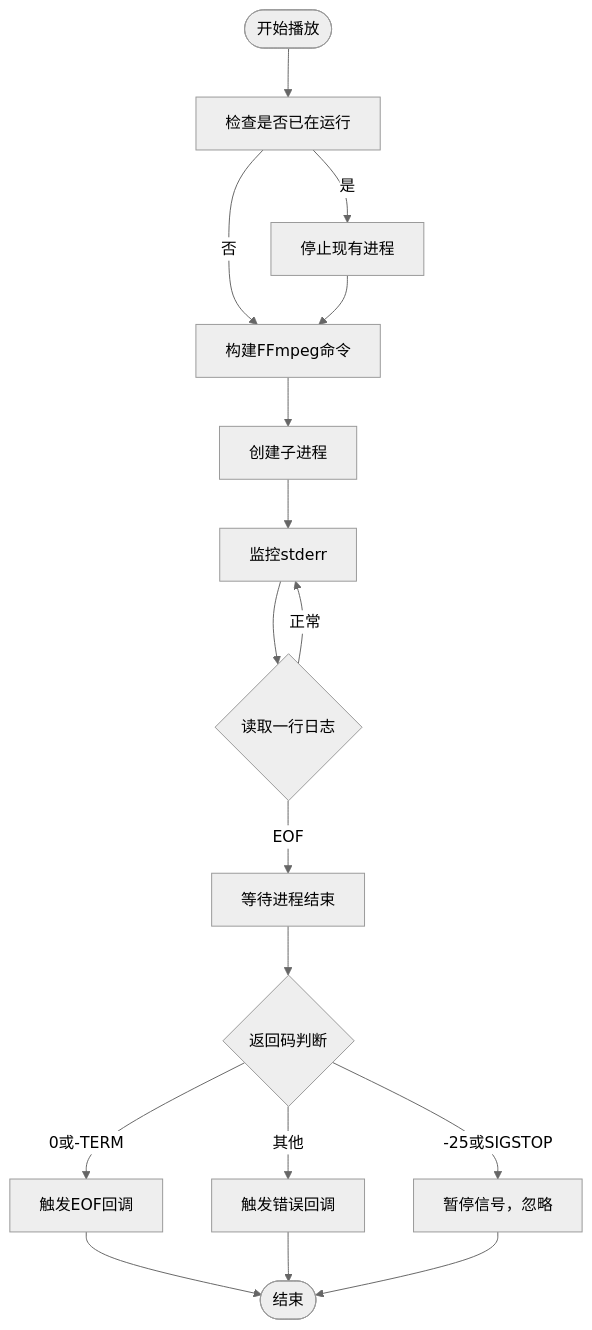
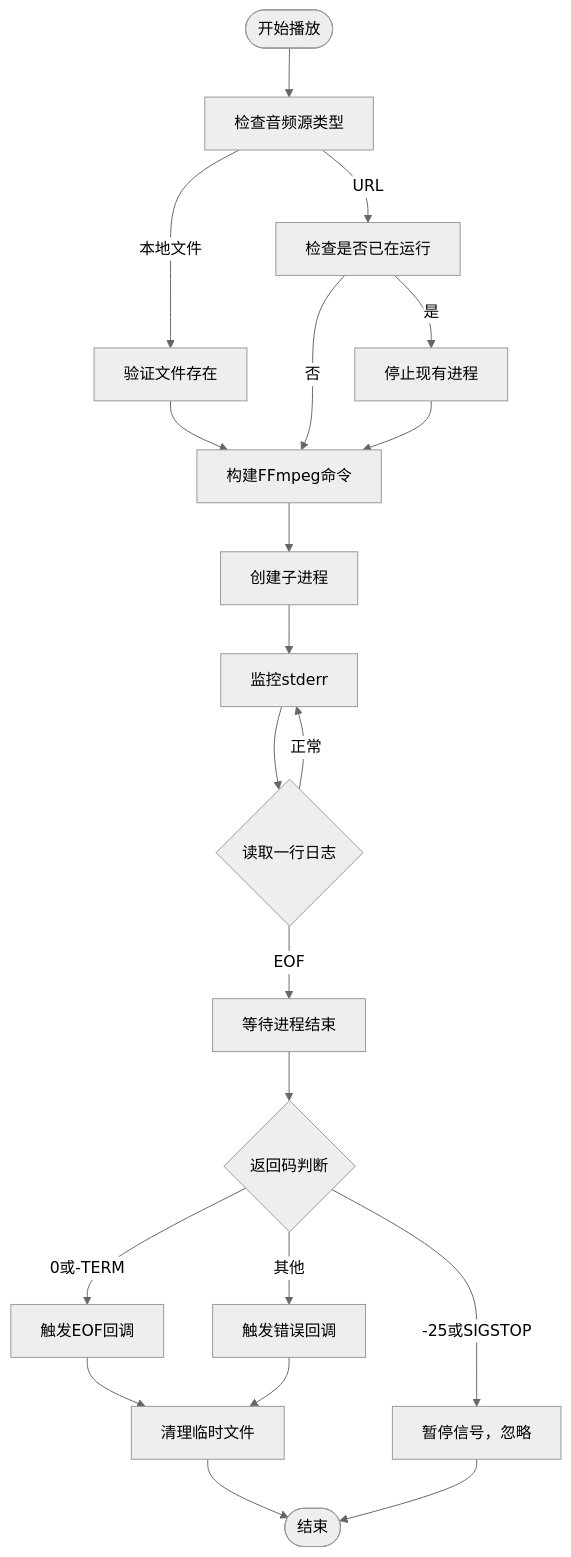
One commit to GhoulOwl/Teamspeak3_Bot changed the fourth of 10 diagrams in .qoder/repowiki/zh/content/音乐播放系统/音乐播放系统.md. Above: the diagram before and after it, drawn with Mermaid (neutral theme). The commit also changed other lines of this file and 5 other files, not shown here.

````diff
--- a/.qoder/repowiki/zh/content/音乐播放系统/音乐播放系统.md
+++ b/.qoder/repowiki/zh/content/音乐播放系统/音乐播放系统.md
@@ -225,19 +239,23 @@
 ```mermaid
 flowchart TD
-Start(["开始播放"]) --> CheckRunning["检查是否已在运行"]
+Start(["开始播放"]) --> CheckSource["检查音频源类型"]
+CheckSource --> |URL| CheckRunning["检查是否已在运行"]
+CheckSource --> |本地文件| CheckFile["验证文件存在"]
+CheckFile --> BuildCmd["构建FFmpeg命令"]
 CheckRunning --> |是| StopProc["停止现有进程"]
-CheckRunning --> |否| BuildCmd["构建FFmpeg命令"]
+CheckRunning --> |否| BuildCmd
 StopProc --> BuildCmd
 BuildCmd --> Spawn["创建子进程"]
 Spawn --> Monitor["监控stderr"]
 Monitor --> Line{"读取一行日志"}
 Line --> |正常| Monitor
 Line --> |EOF| ExitCode["等待进程结束"]
 ExitCode --> RC{"返回码判断"}
 RC --> |0或-TERM| EOF["触发EOF回调"]
 RC --> |-25或SIGSTOP| Pause["暂停信号，忽略"]
 RC --> |其他| Error["触发错误回调"]
-EOF --> End(["结束"])
-Error --> End
+EOF --> Cleanup["清理临时文件"]
+Cleanup --> End(["结束"])
+Error --> Cleanup
 Pause --> End
 ```
````
